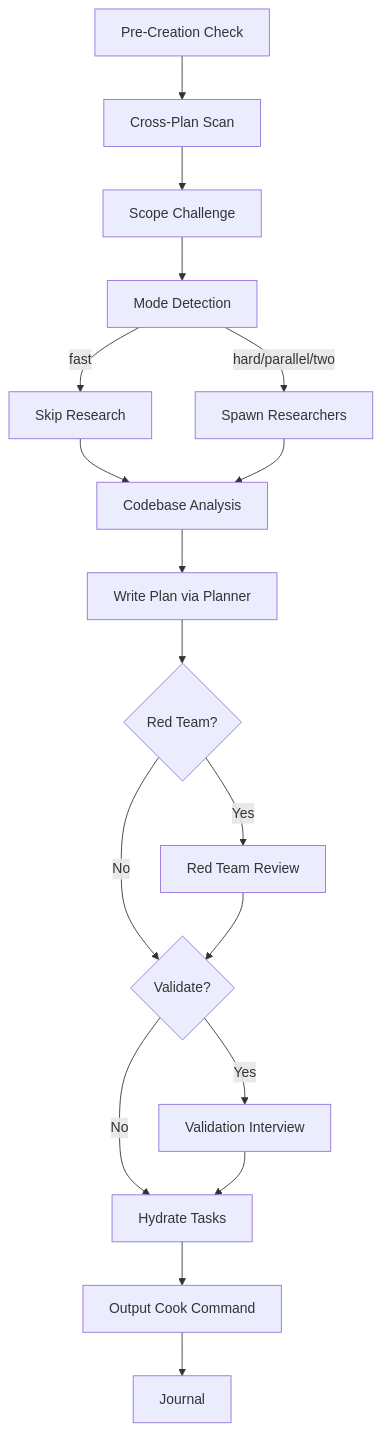
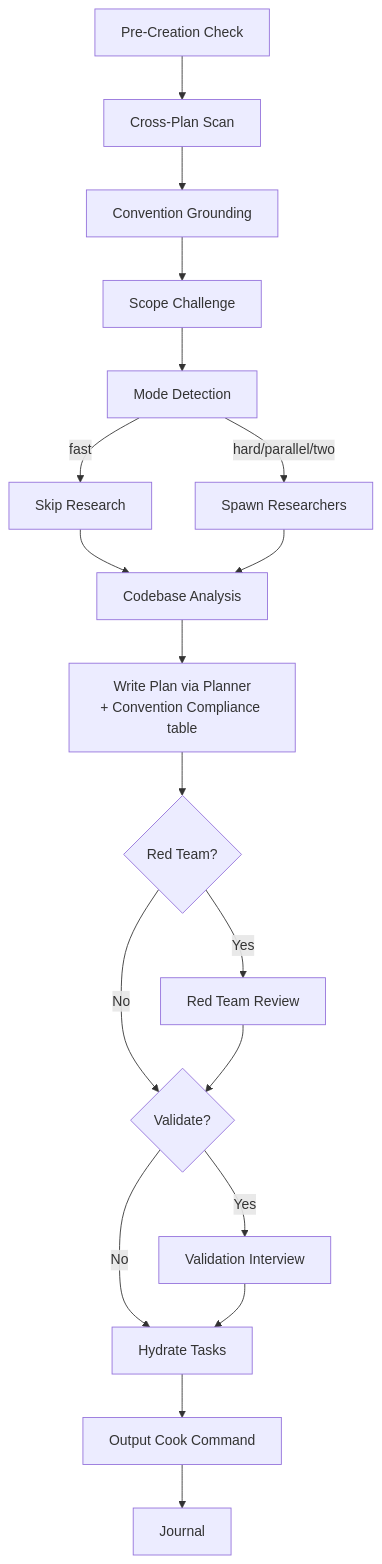
Before and after one commit to tuannguyen-everfit/rock288_claude_plugin: the diagram in plugins/rock288/skills/plan/SKILL.md, drawn with Mermaid. The commit also changed other lines of this file and 4 other files, not shown here.

````diff
--- a/plugins/rock288/skills/plan/SKILL.md
+++ b/plugins/rock288/skills/plan/SKILL.md
@@ -103,20 +117,21 @@
 ```mermaid
 flowchart TD
     A[Pre-Creation Check] --> B[Cross-Plan Scan]
-    B --> C[Scope Challenge]
+    B --> B2[Convention Grounding]
+    B2 --> C[Scope Challenge]
     C --> D[Mode Detection]
     D -->|fast| E[Skip Research]
     D -->|hard/parallel/two| F[Spawn Researchers]
     E --> G[Codebase Analysis]
     F --> G
-    G --> H[Write Plan via Planner]
+    G --> H[Write Plan via Planner<br/>+ Convention Compliance table]
     H --> I{Red Team?}
     I -->|Yes| J[Red Team Review]
     I -->|No| K{Validate?}
     J --> K
     K -->|Yes| L[Validation Interview]
     K -->|No| M[Hydrate Tasks]
     L --> M
     M --> N[Output Cook Command]
     N --> O[Journal]
 ```
````
